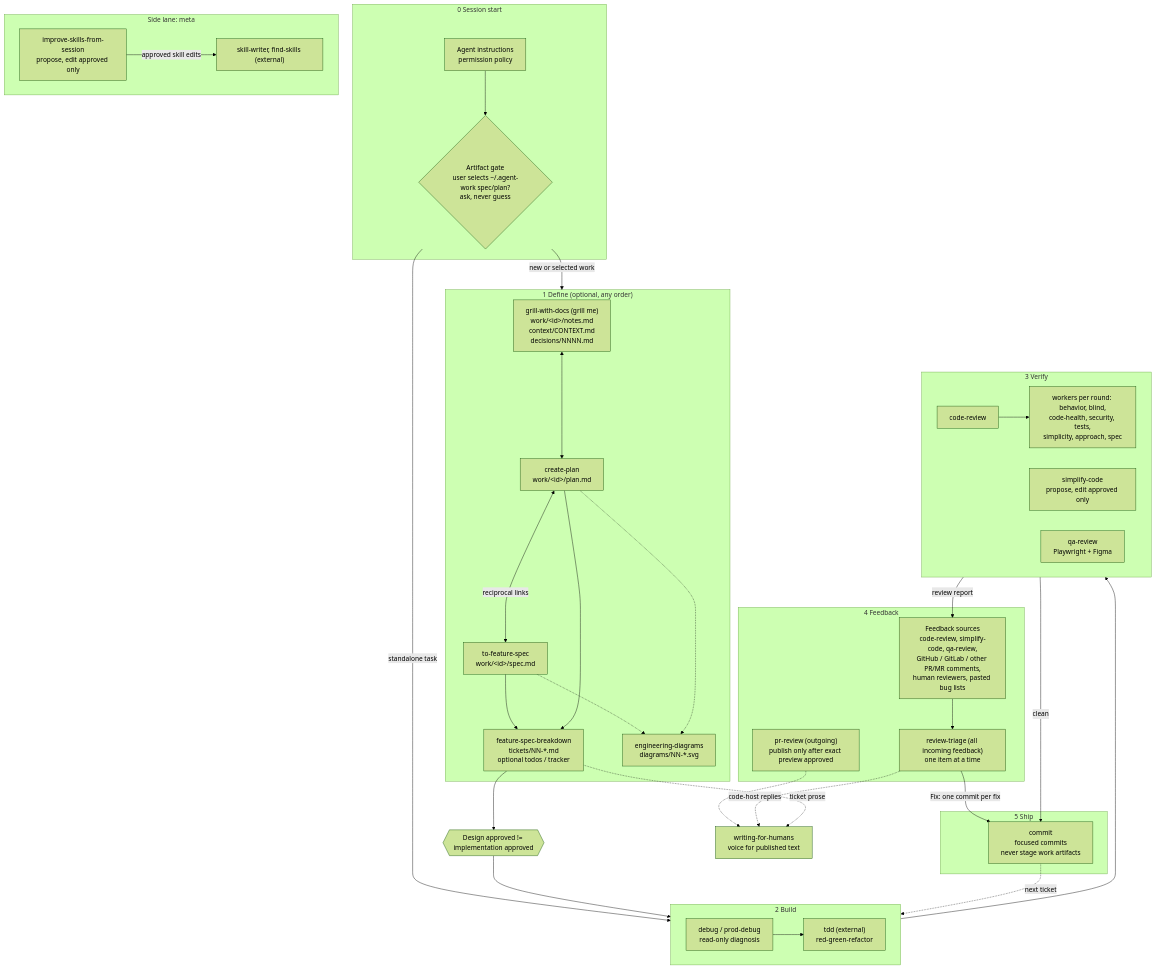
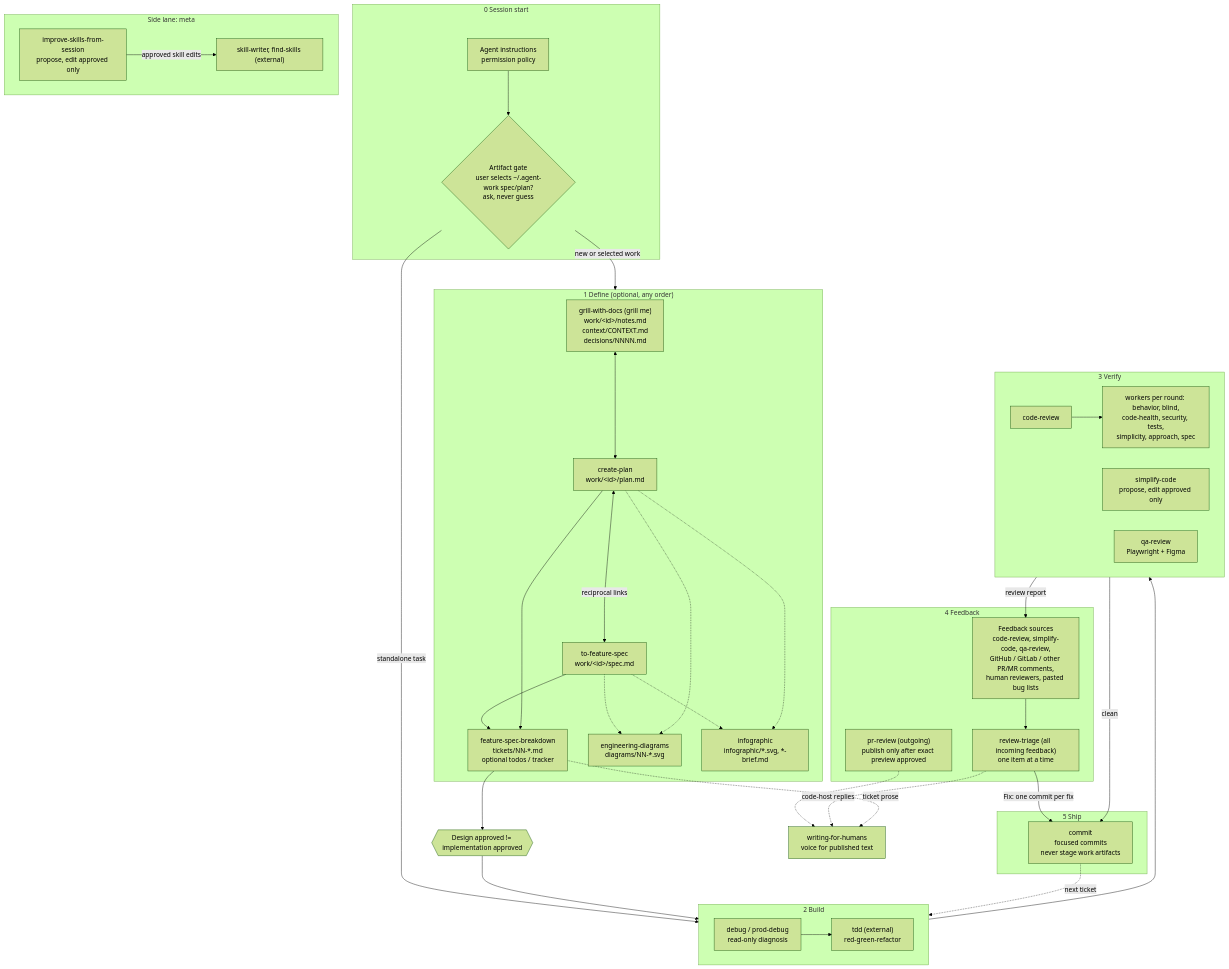
The diagram in README.md (drosam/agents), drawn with Mermaid (forest theme) before and after one commit. The commit also changed other lines of this file and 9 other files, not shown here.

````diff
--- a/README.md
+++ b/README.md
@@ -14,69 +14,72 @@
 ```mermaid
 flowchart TD
     subgraph S0["0 Session start"]
         rules["Agent instructions<br/>permission policy"]
         gate{"Artifact gate<br/>user selects ~/.agent-work spec/plan?<br/>ask, never guess"}
         rules --> gate
     end
 
     subgraph S1["1 Define (optional, any order)"]
         grill["grill-with-docs (grill me)<br/>work/&lt;id&gt;/notes.md<br/>context/CONTEXT.md<br/>decisions/NNNN.md"]
         plan["create-plan<br/>work/&lt;id&gt;/plan.md"]
         spec["to-feature-spec<br/>work/&lt;id&gt;/spec.md"]
         breakdown["feature-spec-breakdown<br/>tickets/NN-*.md<br/>optional todos / tracker"]
         diagrams["engineering-diagrams<br/>diagrams/NN-*.svg"]
+        infographic["infographic<br/>infographic/*.svg, *-brief.md"]
         grill <--> plan
         plan <-->|reciprocal links| spec
         spec --> breakdown
         plan --> breakdown
         spec -.-> diagrams
         plan -.-> diagrams
+        spec -.-> infographic
+        plan -.-> infographic
     end
 
     approve{{"Design approved != implementation approved"}}
 
     subgraph S2["2 Build"]
         tdd["tdd (external)<br/>red-green-refactor"]
         debug["debug / prod-debug<br/>read-only diagnosis"]
     end
 
     subgraph S3["3 Verify"]
         review["code-review"]
         workers["workers per round: behavior, blind,<br/>code-health, security, tests,<br/>simplicity, approach, spec"]
         simplify["simplify-code<br/>propose, edit approved only"]
         qa["qa-review<br/>Playwright + Figma"]
         review --> workers
     end
 
     subgraph S4["4 Feedback"]
         triage["review-triage (all incoming feedback)<br/>one item at a time"]
         sources["Feedback sources<br/>code-review, simplify-code, qa-review,<br/>GitHub / GitLab / other PR/MR comments,<br/>human reviewers, pasted bug lists"]
         sources --> triage
         prr["pr-review (outgoing)<br/>publish only after exact preview approved"]
     end
 
     subgraph S5["5 Ship"]
         commit["commit<br/>focused commits<br/>never stage work artifacts"]
     end
 
     subgraph META["Side lane: meta"]
         improve["improve-skills-from-session<br/>propose, edit approved only"]
         meta["skill-writer, find-skills (external)"]
         improve -->|approved skill edits| meta
     end
 
     voice["writing-for-humans<br/>voice for published text"]
     prr -.-> voice
     triage -.->|code-host replies| voice
     breakdown -.->|ticket prose| voice
 
     gate -->|new or selected work| S1
     gate -->|standalone task| S2
     breakdown --> approve --> S2
     debug --> tdd
     S2 --> S3
     S3 -->|review report| sources
     triage -->|Fix: one commit per fix| commit
     S3 -->|clean| commit
     commit -.->|next ticket| S2
 ```
````
